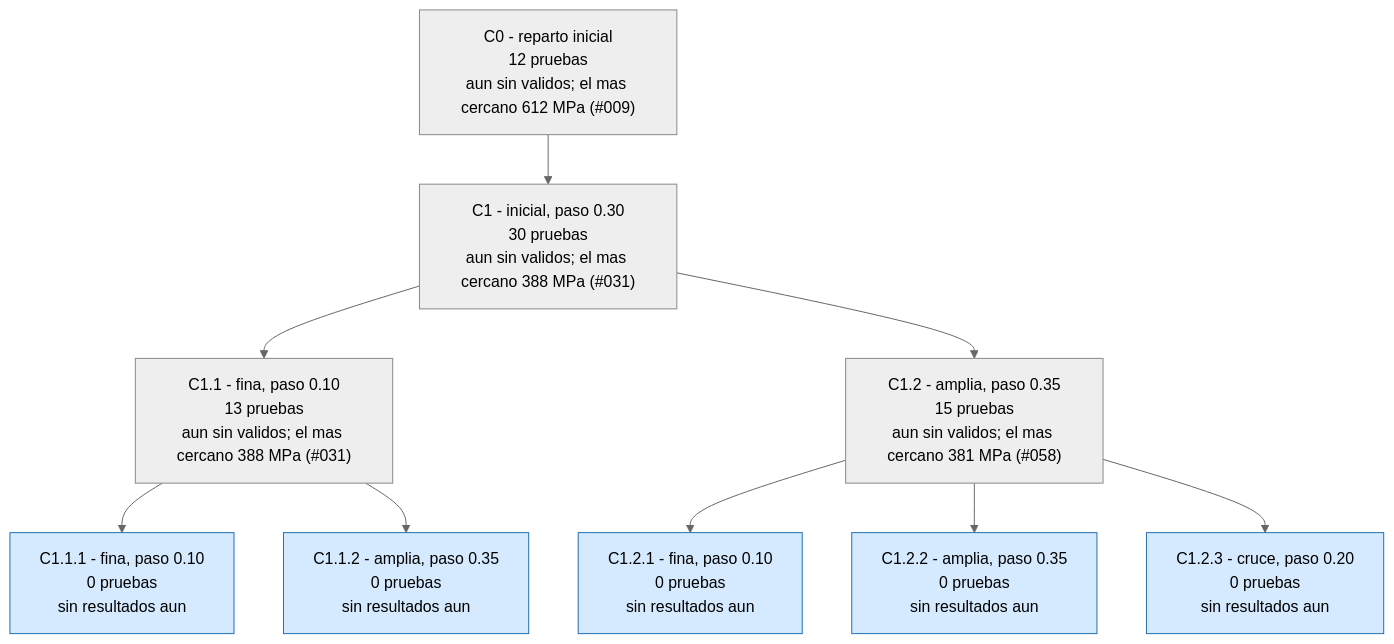
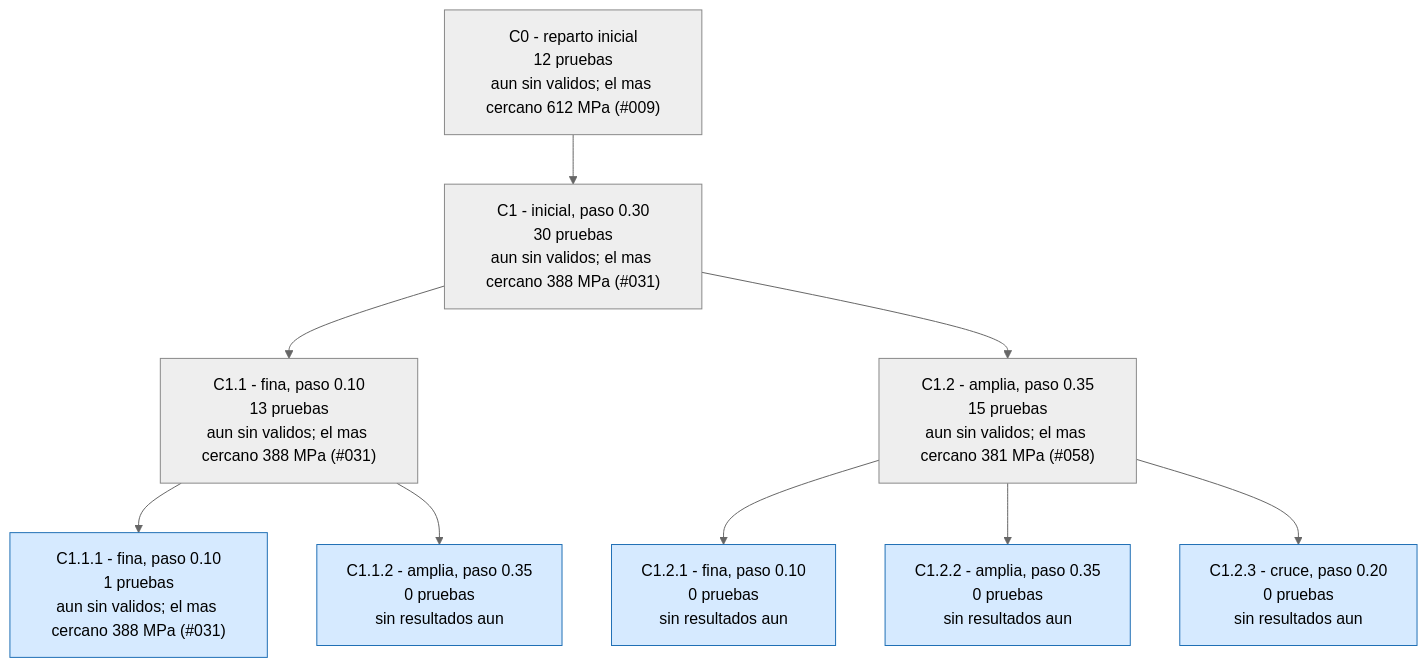
One commit to Hugiko/msd-soporte-optimizacion changed the second of 3 diagrams in runs/opt_37800N/ARBOL.md. Above: the diagram before and after it, drawn with Mermaid (neutral theme). The commit also changed 22 other files, not shown here.

````diff
--- a/runs/opt_37800N/ARBOL.md
+++ b/runs/opt_37800N/ARBOL.md
@@ -51,23 +51,23 @@
 ```mermaid
 graph TD
 classDef activa fill:#d6eaff,stroke:#1f6fb5,color:#000
 classDef fin fill:#eeeeee,stroke:#888,color:#000
 classDef mejor fill:#c8f0c0,stroke:#1a9850,stroke-width:4px,color:#000
 C0["C0 - reparto inicial<br/>12 pruebas<br/>aun sin validos; el mas cercano 612 MPa (#009)"]:::fin
 C1["C1 - inicial, paso 0.30<br/>30 pruebas<br/>aun sin validos; el mas cercano 388 MPa (#031)"]:::fin
 C0 --> C1
 C1_1["C1.1 - fina, paso 0.10<br/>13 pruebas<br/>aun sin validos; el mas cercano 388 MPa (#031)"]:::fin
 C1 --> C1_1
 C1_2["C1.2 - amplia, paso 0.35<br/>15 pruebas<br/>aun sin validos; el mas cercano 381 MPa (#058)"]:::fin
 C1 --> C1_2
-C1_1_1["C1.1.1 - fina, paso 0.10<br/>0 pruebas<br/>sin resultados aun"]:::activa
+C1_1_1["C1.1.1 - fina, paso 0.10<br/>1 pruebas<br/>aun sin validos; el mas cercano 388 MPa (#031)"]:::activa
 C1_1 --> C1_1_1
 C1_1_2["C1.1.2 - amplia, paso 0.35<br/>0 pruebas<br/>sin resultados aun"]:::activa
 C1_1 --> C1_1_2
 C1_2_1["C1.2.1 - fina, paso 0.10<br/>0 pruebas<br/>sin resultados aun"]:::activa
 C1_2 --> C1_2_1
 C1_2_2["C1.2.2 - amplia, paso 0.35<br/>0 pruebas<br/>sin resultados aun"]:::activa
 C1_2 --> C1_2_2
 C1_2_3["C1.2.3 - cruce, paso 0.20<br/>0 pruebas<br/>sin resultados aun"]:::activa
 C1_2 --> C1_2_3
 ```
````
